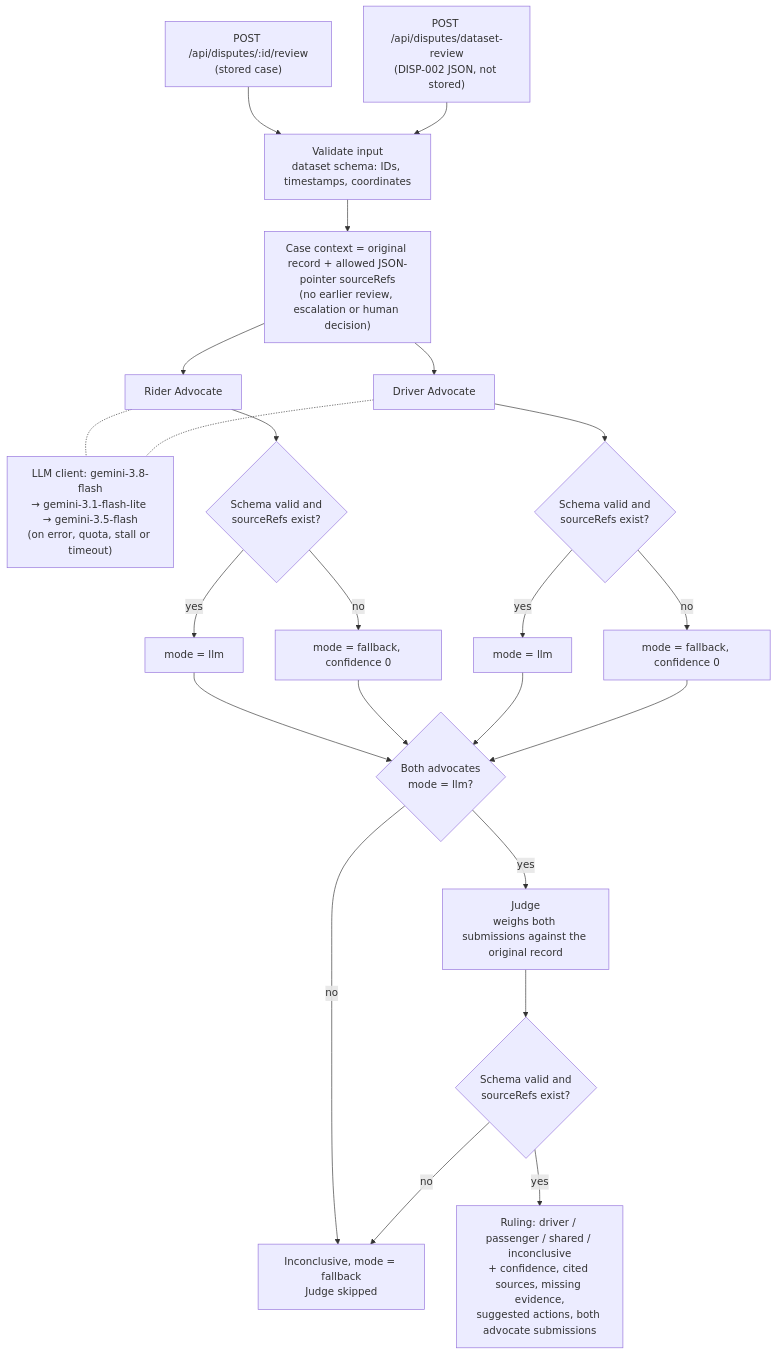
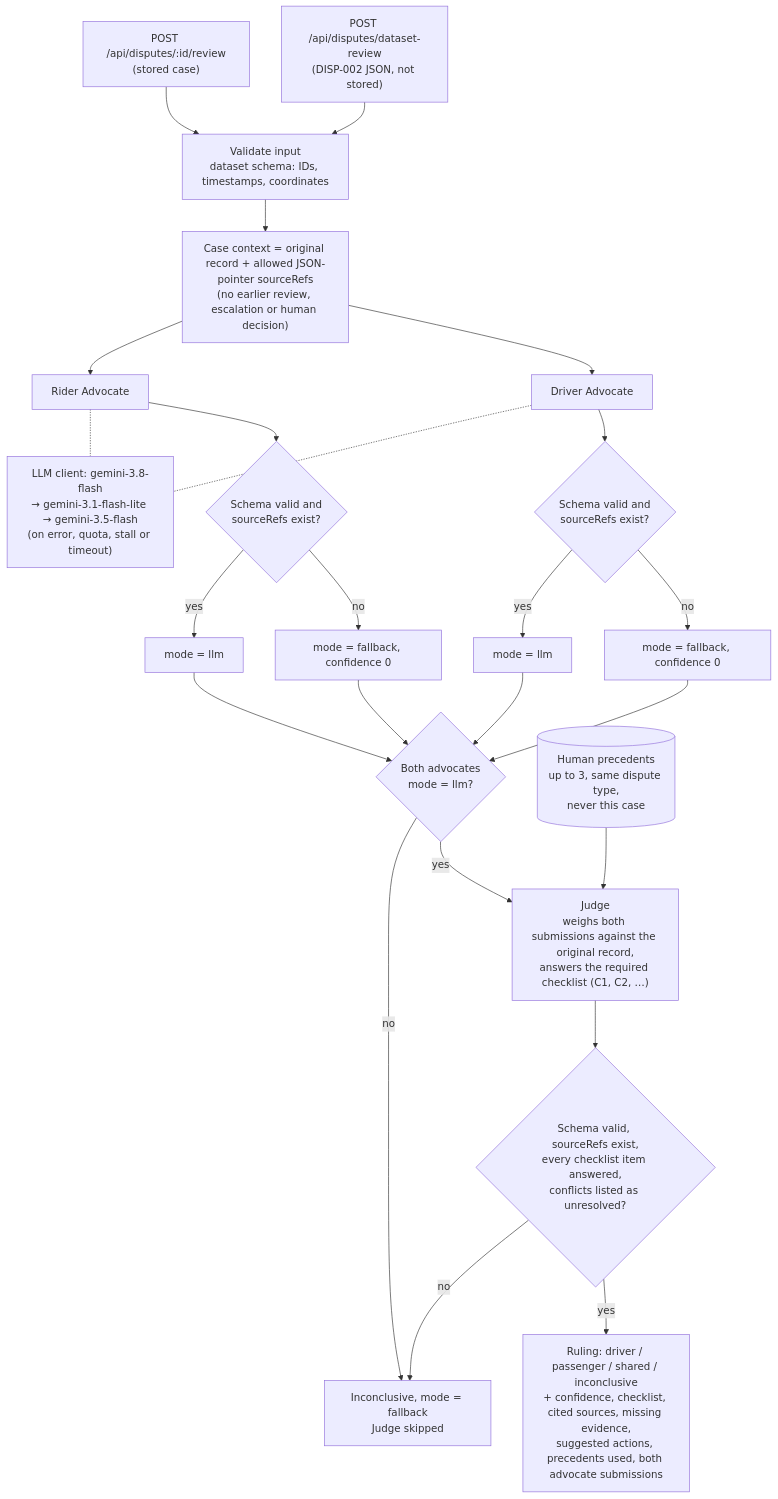
One commit to RL1812/Tencent_Cloud_Captain_Dragonfly changed the second of 3 diagrams in dispute-review-agent/README.md. Above: the diagram before and after it, drawn with Mermaid. The commit also changed other lines of this file and 33 other files, not shown here.

````diff
--- a/dispute-review-agent/README.md
+++ b/dispute-review-agent/README.md
@@ -67,25 +73,26 @@
 ```mermaid
 flowchart TD
     A["POST /api/disputes/:id/review<br/>(stored case)"] --> V
     B["POST /api/disputes/dataset-review<br/>(DISP-002 JSON, not stored)"] --> V
     V["Validate input<br/>dataset schema: IDs, timestamps, coordinates"] --> C
     C["Case context = original record + allowed JSON-pointer sourceRefs<br/>(no earlier review, escalation or human decision)"]
 
     C --> R["Rider Advocate"]
     C --> D["Driver Advocate"]
     R & D -.- M["LLM client: gemini-3.8-flash<br/>→ gemini-3.1-flash-lite → gemini-3.5-flash<br/>(on error, quota, stall or timeout)"]
 
     R --> RV{"Schema valid and<br/>sourceRefs exist?"}
     D --> DV{"Schema valid and<br/>sourceRefs exist?"}
     RV -- yes --> RS["mode = llm"]
     RV -- no --> RF["mode = fallback, confidence 0"]
     DV -- yes --> DS["mode = llm"]
     DV -- no --> DF["mode = fallback, confidence 0"]
 
     RS & RF & DS & DF --> G{"Both advocates<br/>mode = llm?"}
     G -- no --> X["Inconclusive, mode = fallback<br/>Judge skipped"]
-    G -- yes --> J["Judge<br/>weighs both submissions against the original record"]
-    J --> JV{"Schema valid and<br/>sourceRefs exist?"}
+    P[("Human precedents<br/>up to 3, same dispute type,<br/>never this case")] --> J
+    G -- yes --> J["Judge<br/>weighs both submissions against the original record,<br/>answers the required checklist (C1, C2, …)"]
+    J --> JV{"Schema valid, sourceRefs exist,<br/>every checklist item answered,<br/>conflicts listed as unresolved?"}
     JV -- no --> X
-    JV -- yes --> OUT["Ruling: driver / passenger / shared / inconclusive<br/>+ confidence, cited sources, missing evidence,<br/>suggested actions, both advocate submissions"]
+    JV -- yes --> OUT["Ruling: driver / passenger / shared / inconclusive<br/>+ confidence, checklist, cited sources, missing evidence,<br/>suggested actions, precedents used, both advocate submissions"]
 ```
````
